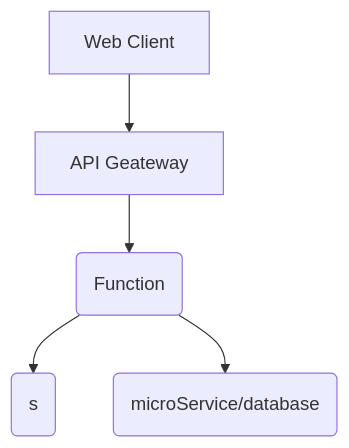
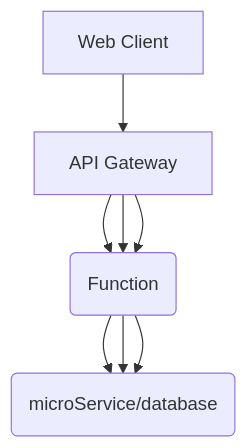
The first of 2 diagrams in serverless-intro.md (vadxq/nodeppt-set), drawn with Mermaid before and after one commit. The commit also changed other lines of this file, not shown here.

````diff
--- a/serverless-intro.md
+++ b/serverless-intro.md
@@ -88,8 +88,12 @@
 ```mermaid {.animated.fadeInUp}
 graph TD
     B[Web Client]
-    B-->C[API Geateway]
+    B-->C[API Gateway]
         C-->D(Function);
-            D-->F(s)
+        C-->D(Function);
+        C-->D(Function);
             D-->E(microService/database);
+            D-->E(microService/database);
+            D-->E(microService/database);
+
 ```
````
